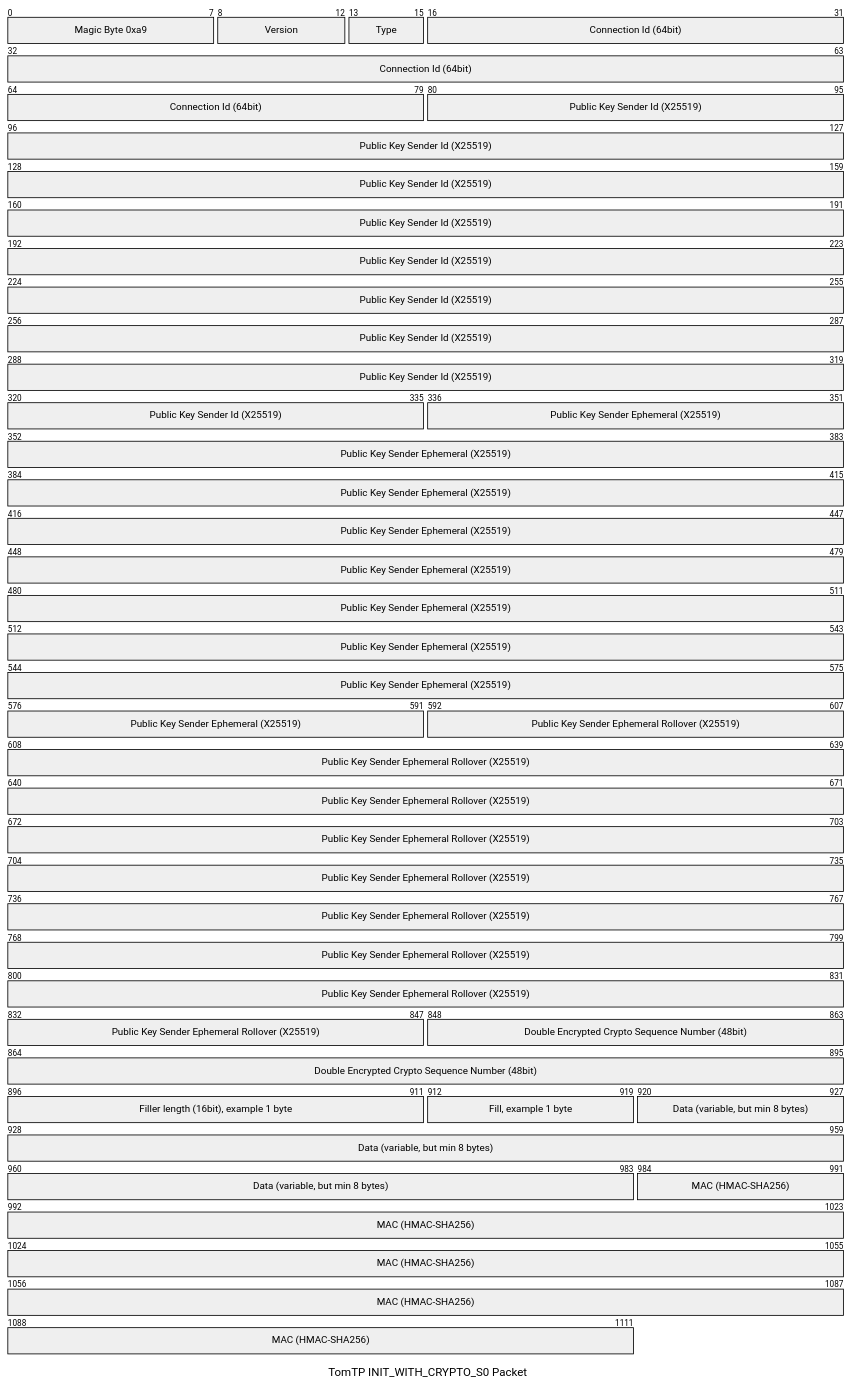
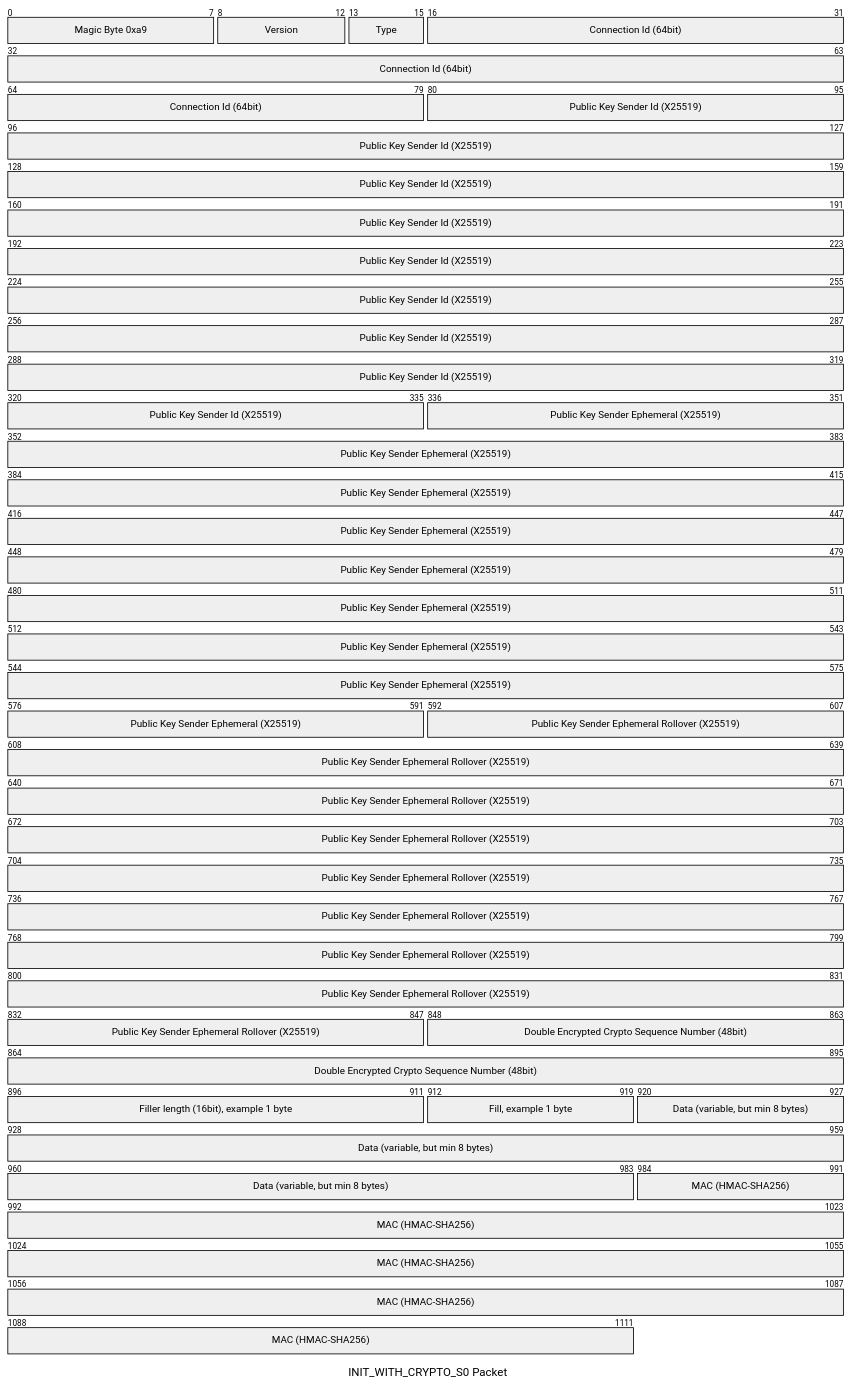
Before and after one commit to tbocek/tomtp: the third of 9 diagrams in Readme.md, drawn with Mermaid. The commit also changed other lines of this file and 10 other files, not shown here.

````diff
--- a/Readme.md
+++ b/Readme.md
@@ -117,18 +119,18 @@
 ```mermaid
 ---
-title: "TomTP INIT_WITH_CRYPTO_S0 Packet"
+title: "INIT_WITH_CRYPTO_S0 Packet"
 ---
 packet-beta
   0-7: "Magic Byte 0xa9"
   8-12: "Version"
   13-15: "Type"
   16-79: "Connection Id (64bit)"
   80-335: "Public Key Sender Id (X25519)"
   336-591: "Public Key Sender Ephemeral (X25519)"
   592-847: "Public Key Sender Ephemeral Rollover (X25519)"
   848-895: "Double Encrypted Crypto Sequence Number (48bit)"
   896-911: "Filler length (16bit), example 1 byte"
   912-919: "Fill, example 1 byte"
   920-983: "Data (variable, but min 8 bytes)"
   984-1111: "MAC (HMAC-SHA256)"
 ```
````
